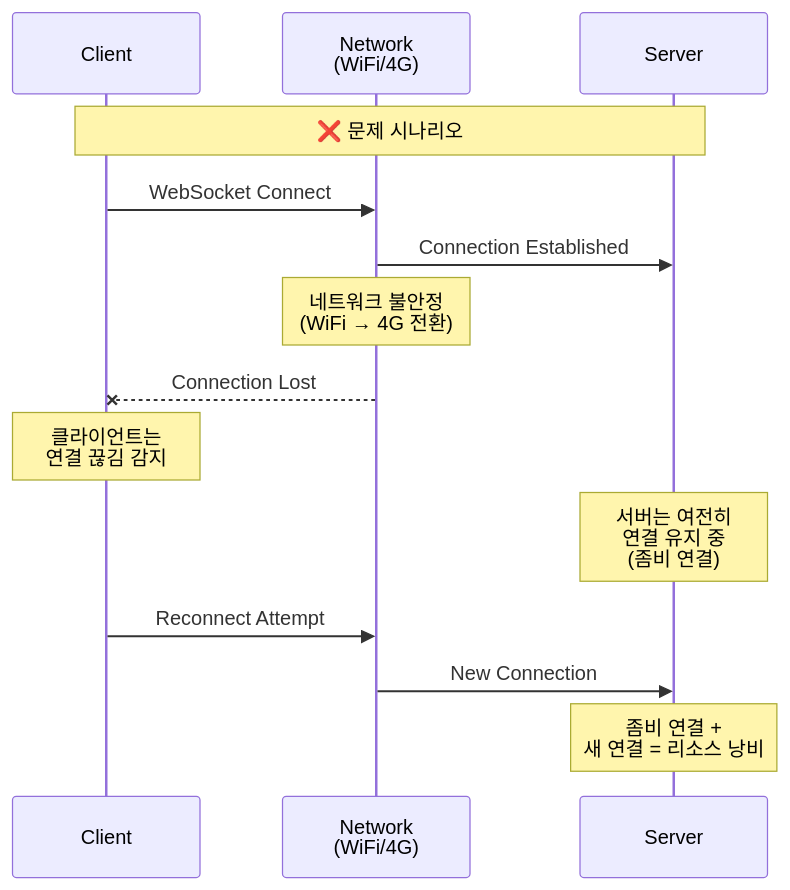
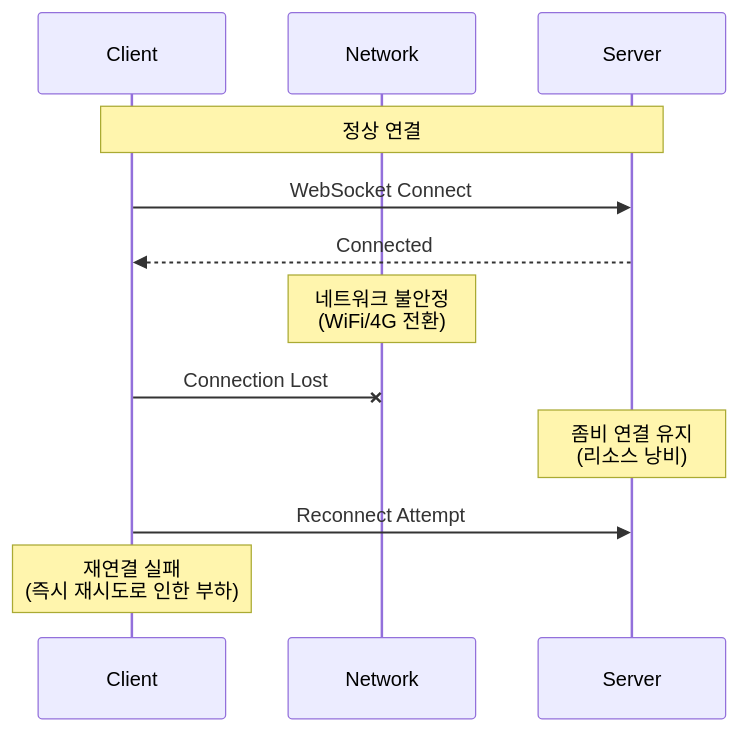
One commit to 1985jwlee/production-iot-backend changed the first of 10 diagrams in TECHNICAL_CHALLENGES.md. Above: the diagram before and after it, drawn with Mermaid. The commit also changed other lines of this file and 1 other file, not shown here.

````diff
--- a/TECHNICAL_CHALLENGES.md
+++ b/TECHNICAL_CHALLENGES.md
@@ -21,24 +21,19 @@
 ```mermaid
 sequenceDiagram
     participant C as Client
-    participant N as Network<br/>(WiFi/4G)
+    participant N as Network
     participant S as Server
     
-    Note over C,S: ❌ 문제 시나리오
+    Note over C,S: 정상 연결
+    C->>S: WebSocket Connect
+    S-->>C: Connected
     
-    C->>N: WebSocket Connect
-    N->>S: Connection Established
+    Note over N: 네트워크 불안정<br/>(WiFi/4G 전환)
     
-    Note over N: 네트워크 불안정<br/>(WiFi → 4G 전환)
+    C-xN: Connection Lost
     
-    N--xC: Connection Lost
+    Note over S: 좀비 연결 유지<br/>(리소스 낭비)
     
-    Note over C: 클라이언트는<br/>연결 끊김 감지
-    
-    Note over S: 서버는 여전히<br/>연결 유지 중<br/>(좀비 연결)
-    
-    C->>N: Reconnect Attempt
-    N->>S: New Connection
-    
-    Note over S: 좀비 연결 +<br/>새 연결 = 리소스 낭비
+    C->>S: Reconnect Attempt
+    Note over C: 재연결 실패<br/>(즉시 재시도로 인한 부하)
 ```
````
